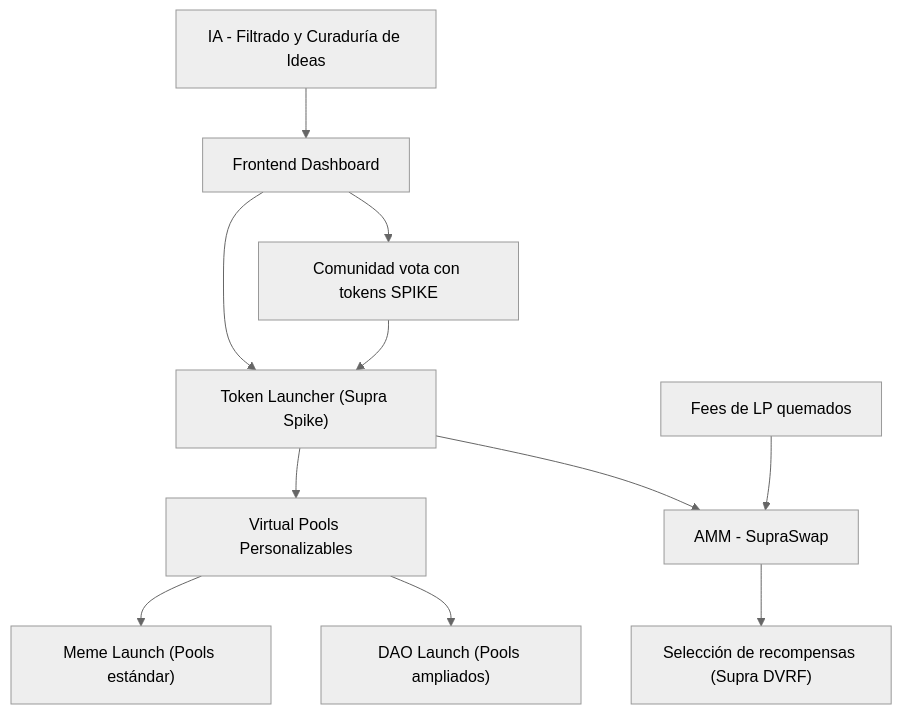
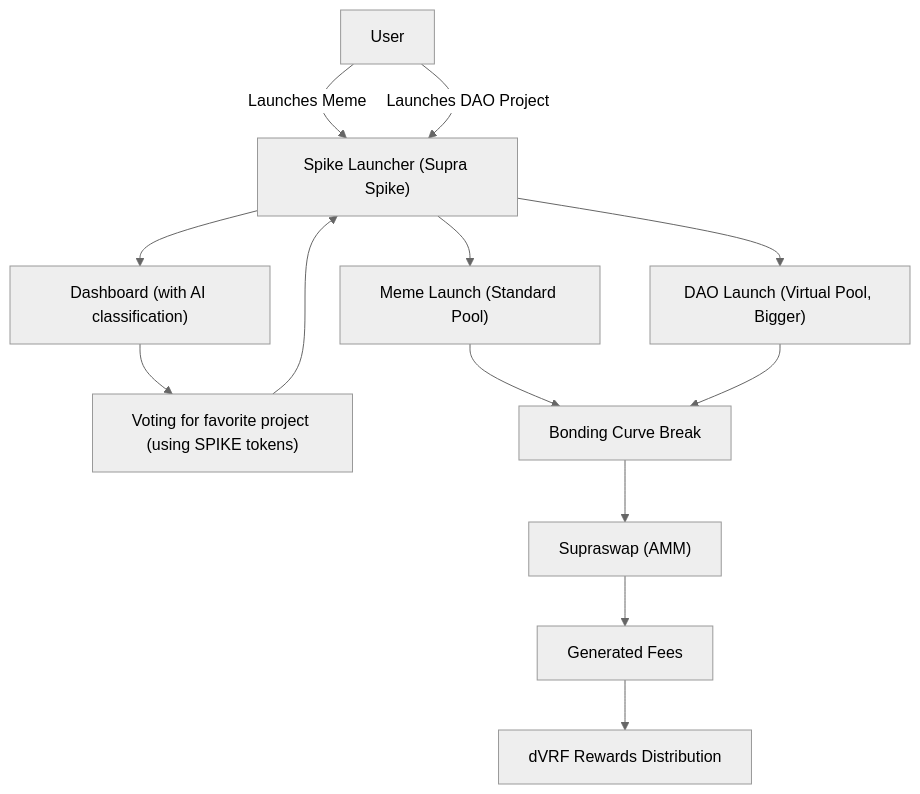
Before and after one commit to SNABUR/Spike_Contracts: the second of 2 diagrams in README.md, drawn with Mermaid (neutral theme).

````diff
--- a/README.md
+++ b/README.md
@@ -155,34 +155,39 @@
 ```mermaid
 graph TD;
-    %% Interfaz de Usuario y Comunidad
-    UI["Frontend Dashboard"];
-    VOTE["Comunidad vota con tokens SPIKE"];
+    %% User and Dashboard
+    USER["User"];
+    DASH["Dashboard (with AI classification)"];
+    VOTE["Voting for favorite project (using SPIKE tokens)"];
 
-    %% Token Launcher Supra Spike
-    TL["Token Launcher (Supra Spike)"];
-    VP["Virtual Pools Personalizables"];
-    MEME["Meme Launch (Pools estándar)"];
-    DAO["DAO Launch (Pools ampliados)"];
+    %% Spike Launcher (Supra Spike)
+    LAUNCHER["Spike Launcher (Supra Spike)"];
+    MEME["Meme Launch (Standard Pool)"];
+    DAO["DAO Launch (Virtual Pool, Bigger)"];
 
-    %% AMM SupraSwap
-    AMM["AMM - SupraSwap"];
-    FEES["Fees de LP quemados"];
-    DVRF["Selección de recompensas (Supra DVRF)"];
+    %% Bonding Curve & Supraswap (AMM)
+    BONDING["Bonding Curve Break"];
+    SWAP["Supraswap (AMM)"];
+    FEES["Generated Fees"];
+    DVRF["dVRF Rewards Distribution"];
 
-    %% Filtrado de ideas por IA
-    AI["IA - Filtrado y Curaduría de Ideas"];
+    %% Flow for Meme Launch
+    USER -->|Launches Meme| LAUNCHER;
+    LAUNCHER --> MEME;
+    MEME --> BONDING;
+    BONDING --> SWAP;
+    SWAP --> FEES;
+    FEES --> DVRF;
 
-    %% Flujo
-    UI --> TL;
-    UI --> VOTE;
-    TL --> VP;
-    VP --> MEME;
-    VP --> DAO;
-    TL --> AMM;
-    FEES --> AMM;
-    AMM --> DVRF;
-    AI --> UI;
-    VOTE --> TL;
+    %% Flow for DAO Launch
+    USER -->|Launches DAO Project| LAUNCHER;
+    LAUNCHER --> DAO;
+    DAO --> BONDING;
+
+    %% AI and Dashboard Integration
+    LAUNCHER --> DASH;
+    DASH --> VOTE;
+    VOTE --> LAUNCHER;
+
 
 
 ```
````
